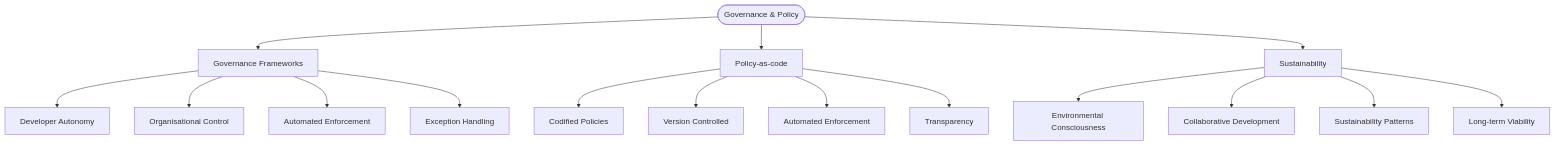
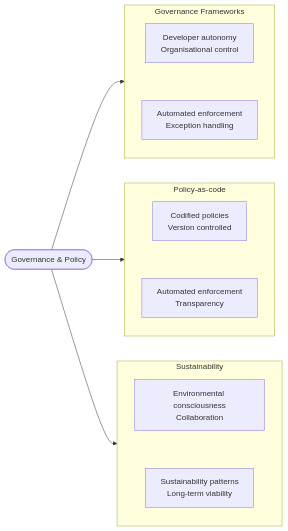
One commit to Geonitab/architecture_as_code changed the diagram in docs/images/mindmap_22d_governance.mmd. Above: the diagram before and after it, drawn with Mermaid. The commit also changed 165 other files, not shown here.

First line of the commit message:
Readable diagrams, a check that measures them, and the rules in the guides

```diff
--- a/docs/images/mindmap_22d_governance.mmd
+++ b/docs/images/mindmap_22d_governance.mmd
@@ -1,17 +1,23 @@
-graph TD
+flowchart LR
     ROOT(["Governance & Policy"]):::geon-primary
-    ROOT --> GF["Governance Frameworks"]:::geon-accent
-    ROOT --> PAC["Policy-as-code"]:::geon-accent
-    ROOT --> SUS["Sustainability"]:::geon-accent
-    GF --> GF1["Developer Autonomy"]:::geon-highlight
-    GF --> GF2["Organisational Control"]:::geon-highlight
-    GF --> GF3["Automated Enforcement"]:::geon-highlight
-    GF --> GF4["Exception Handling"]:::geon-highlight
-    PAC --> PAC1["Codified Policies"]:::geon-highlight
-    PAC --> PAC2["Version Controlled"]:::geon-highlight
-    PAC --> PAC3["Automated Enforcement"]:::geon-highlight
-    PAC --> PAC4["Transparency"]:::geon-highlight
-    SUS --> SUS1["Environmental Consciousness"]:::geon-highlight
-    SUS --> SUS2["Collaborative Development"]:::geon-highlight
-    SUS --> SUS3["Sustainability Patterns"]:::geon-highlight
-    SUS --> SUS4["Long-term Viability"]:::geon-highlight
+    subgraph GF["Governance Frameworks"]
+        direction TB
+        GF1["Developer autonomy<br/>Organisational control"]:::geon-highlight
+        GF2["Automated enforcement<br/>Exception handling"]:::geon-highlight
+        GF1 ~~~ GF2
+    end
+    subgraph PAC["Policy-as-code"]
+        direction TB
+        PAC1["Codified policies<br/>Version controlled"]:::geon-highlight
+        PAC2["Automated enforcement<br/>Transparency"]:::geon-highlight
+        PAC1 ~~~ PAC2
+    end
+    subgraph SUS["Sustainability"]
+        direction TB
+        SUS1["Environmental consciousness<br/>Collaboration"]:::geon-highlight
+        SUS2["Sustainability patterns<br/>Long-term viability"]:::geon-highlight
+        SUS1 ~~~ SUS2
+    end
+    ROOT --> GF
+    ROOT --> PAC
+    ROOT --> SUS
```
